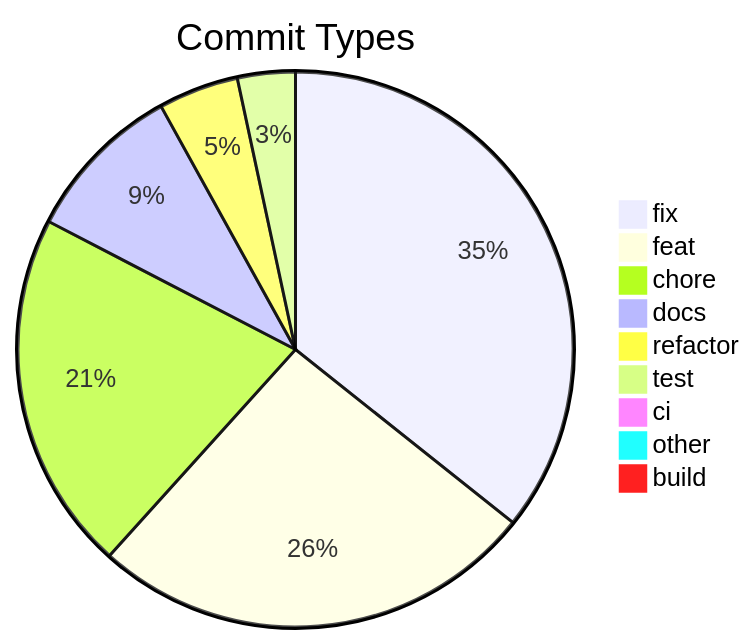
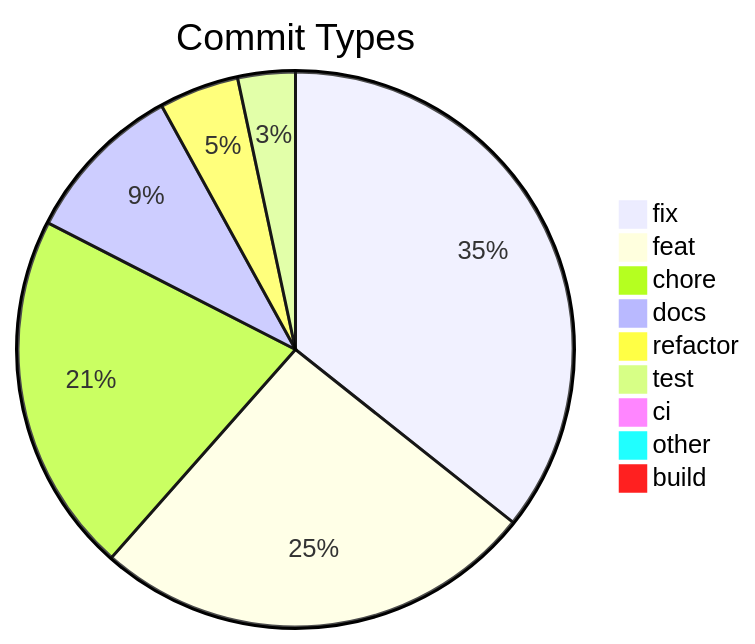
One commit to svenroth-ai/shipwright-webui changed the diagram in .shipwright/compliance/change-history.md. Above: the diagram before and after it, drawn with Mermaid. The commit also changed other lines of this file and 18 other files, not shown here.

````diff
--- a/.shipwright/compliance/change-history.md
+++ b/.shipwright/compliance/change-history.md
@@ -8,12 +8,12 @@
 ```mermaid
 pie title Commit Types
-    "fix" : 191
+    "fix" : 192
     "feat" : 139
-    "chore" : 112
-    "docs" : 50
+    "chore" : 113
+    "docs" : 51
     "refactor" : 25
     "test" : 18
     "ci" : 5
     "other" : 4
     "build" : 1
 ```
````
